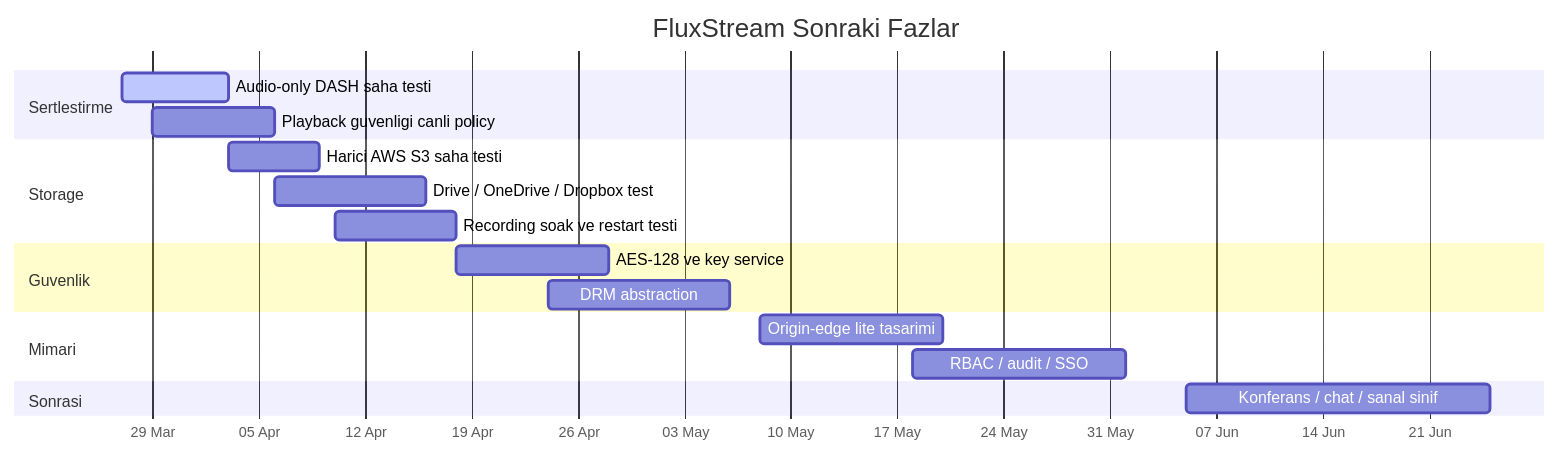
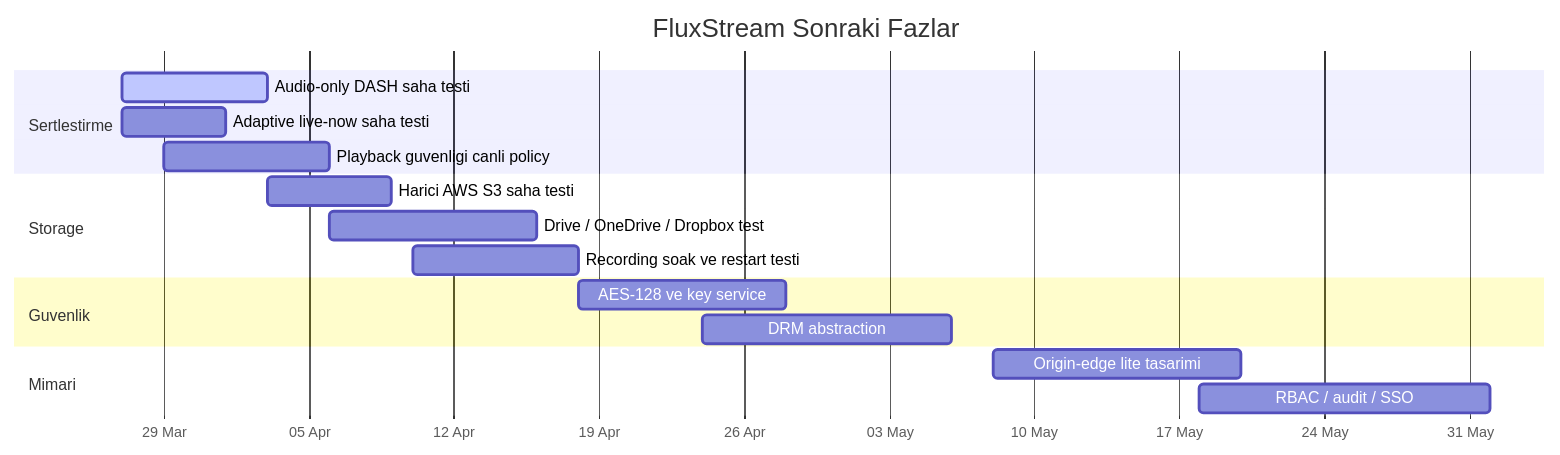
Before and after one commit to umitaydogan-sys/stream: the third of 3 diagrams in yol_haritasi.md, drawn with Mermaid. The commit also changed other lines of this file and 8 other files, not shown here.

````diff
--- a/yol_haritasi.md
+++ b/yol_haritasi.md
@@ -147,21 +73,20 @@
 ```mermaid
 gantt
     title FluxStream Sonraki Fazlar
     dateFormat  YYYY-MM-DD
     axisFormat  %d %b
     section Sertlestirme
     Audio-only DASH saha testi          :active, dasha, 2026-03-27, 7d
+    Adaptive live-now saha testi        :abrx, 2026-03-27, 5d
     Playback guvenligi canli policy     :secv2, 2026-03-29, 8d
     section Storage
     Harici AWS S3 saha testi            :s3, 2026-04-03, 6d
     Drive / OneDrive / Dropbox test     :drv, 2026-04-06, 10d
     Recording soak ve restart testi     :rec, 2026-04-10, 8d
     section Guvenlik
     AES-128 ve key service              :drm1, 2026-04-18, 10d
     DRM abstraction                     :drm2, 2026-04-24, 12d
     section Mimari
     Origin-edge lite tasarimi           :oe1, 2026-05-08, 12d
     RBAC / audit / SSO                  :auth1, 2026-05-18, 14d
-    section Sonrasi
-    Konferans / chat / sanal sinif      :future, 2026-06-05, 20d
 ```
````
